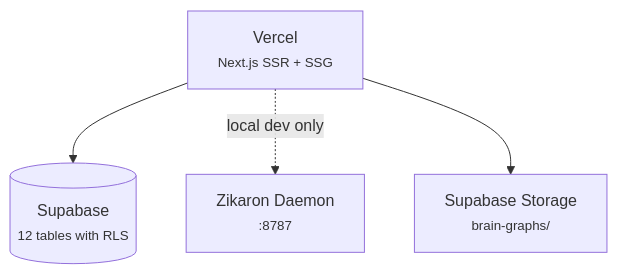
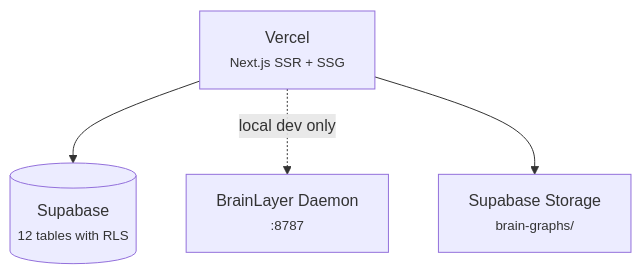
The tenth of 10 diagrams in content/golems/llm.md (EtanHey/etanheyman.com), drawn with Mermaid before and after one commit. The commit also changed other lines of this file and 1 other file, not shown here.

First line of the commit message:
feat: phase 2 — llm.md full zikaron sweep (70+ refs) + SVG update

````diff
--- a/content/golems/llm.md
+++ b/content/golems/llm.md
@@ -3369,7 +3367,7 @@
 ```mermaid
 flowchart TD
     V["Vercel<br/><small>Next.js SSR + SSG</small>"]
     V --> SB[("Supabase<br/><small>12 tables with RLS</small>")]
-    V -.->|"local dev only"| ZD["Zikaron Daemon<br/><small>:8787</small>"]
+    V -.->|"local dev only"| ZD["BrainLayer Daemon<br/><small>:8787</small>"]
     V --> SS["Supabase Storage<br/><small>brain-graphs/</small>"]
 ```
````
